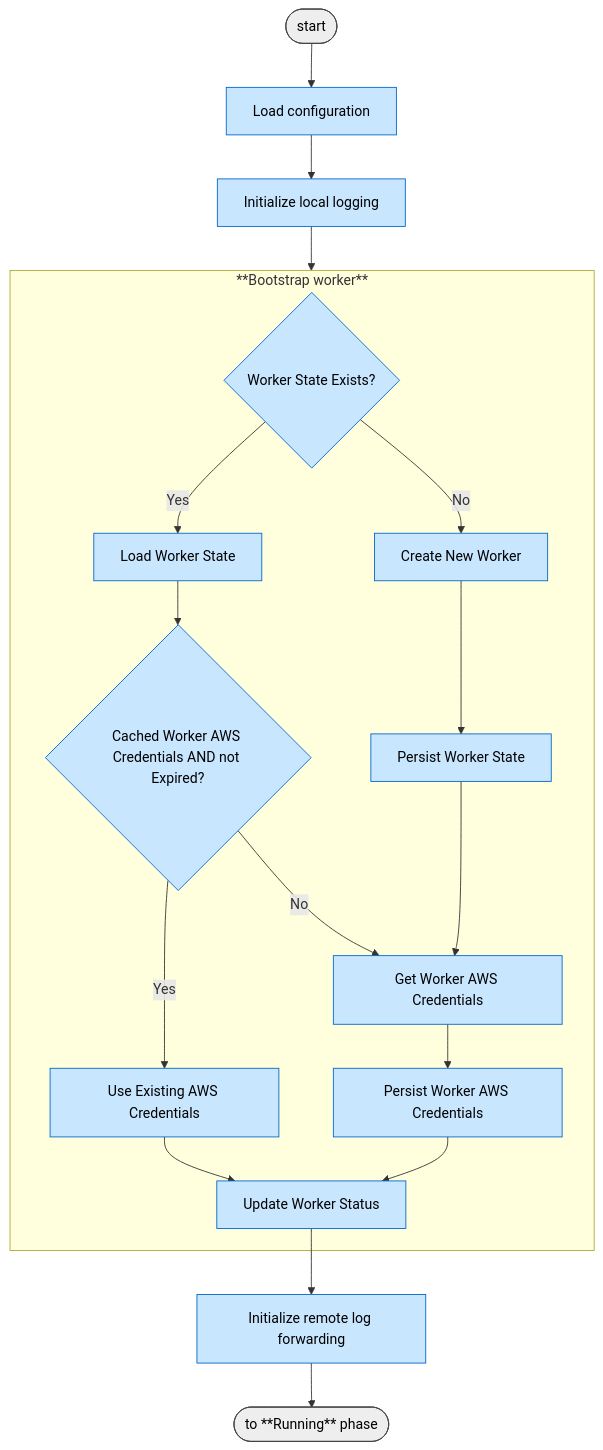
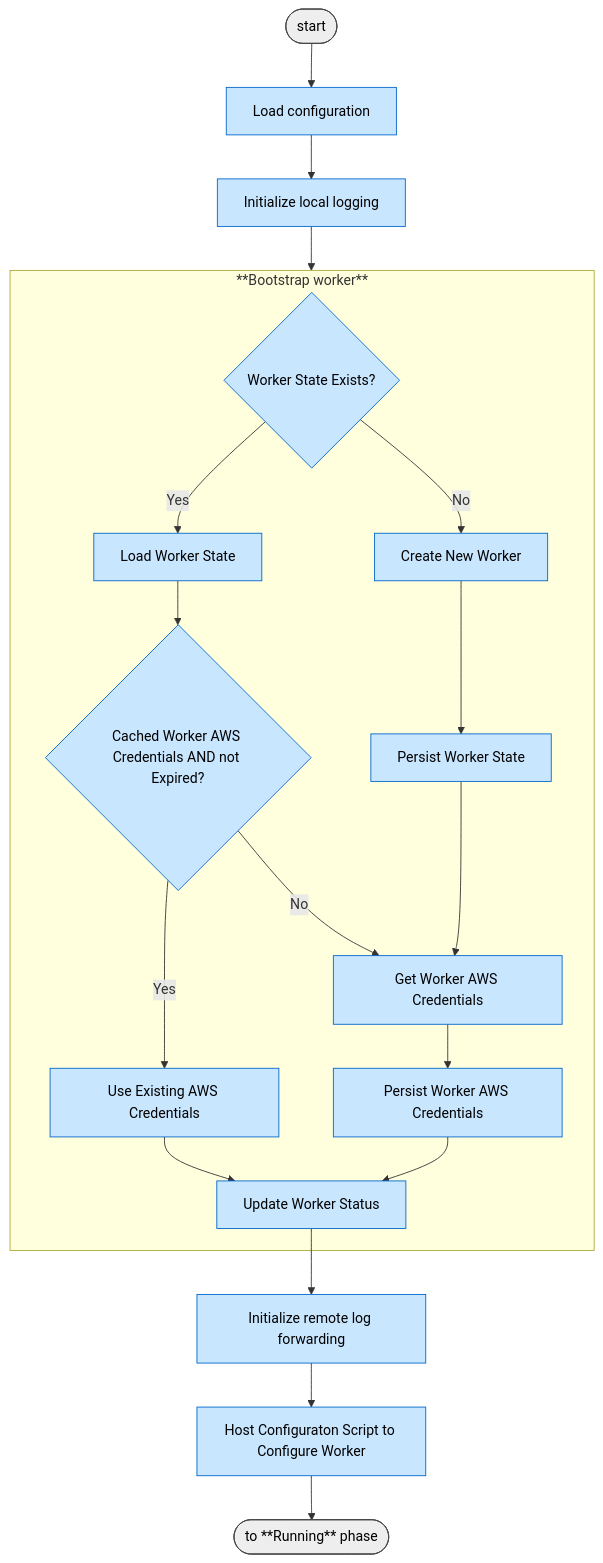
Before and after one commit to aws-deadline/deadline-cloud-worker-agent: the second of 13 diagrams in docs/dev/worker_lifecycle.md, drawn with Mermaid. The commit also changed other lines of this file, not shown here.

Commit message:
docs: Add Host Configuration sequences to worker lifecycle sections.

````diff
--- a/docs/dev/worker_lifecycle.md
+++ b/docs/dev/worker_lifecycle.md
@@ -49,35 +50,36 @@
 ```mermaid
 flowchart TD
     %% Startup Phase
     start([start]) --> loadConfig[Load configuration]
     
     loadConfig --> initLogging[Initialize local logging]
     initLogging --> bootstrap
 
     subgraph bootstrap[**Bootstrap worker**]
         
         checkState{Worker State Exists?} -->|Yes| loadState[Load Worker State]
         checkState -->|No| createWorker[Create New Worker]
         
         loadState --> checkCreds{Cached Worker AWS Credentials AND not Expired?}
         checkCreds -->|Yes| useExistingCreds[Use Existing AWS Credentials]
         checkCreds -->|No| getNewCreds[Get Worker AWS Credentials]
         
         createWorker --> persistState[Persist Worker State]
         useExistingCreds --> updateWorker[Update Worker Status]
         persistState --> getNewCreds
 
         getNewCreds --> persistCreds[Persist Worker AWS Credentials]
         persistCreds --> updateWorker
     end
     
     updateWorker --> initRemoteLogging[Initialize remote log forwarding]
-    initRemoteLogging --> next([to **Running** phase])
+    initRemoteLogging --> hostConfiguration[Host Configuraton Script to Configure Worker]
+    hostConfiguration --> next([to **Running** phase])
     
     %% Styling
     classDef startupPhase fill:#c9e6ff,stroke:#0066cc,color:#000
     classDef startEnd fill:#EEEEEE,stroke:#444444,color:#000
 
-    class loadConfig,initLogging,checkState,loadState,createWorker,checkCreds,useExistingCreds,getNewCreds,persistState,persistCreds,updateWorker,initWorker,initRemoteLogging startupPhase
+    class loadConfig,initLogging,checkState,loadState,createWorker,checkCreds,useExistingCreds,getNewCreds,persistState,persistCreds,updateWorker,initWorker,hostConfiguration,initRemoteLogging startupPhase
     class start,next startEnd
 ```
````
